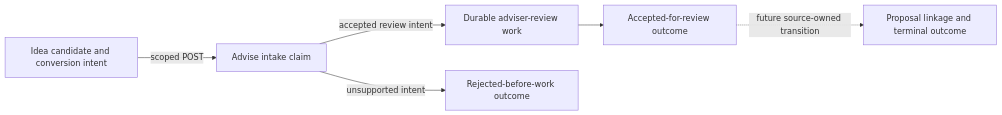
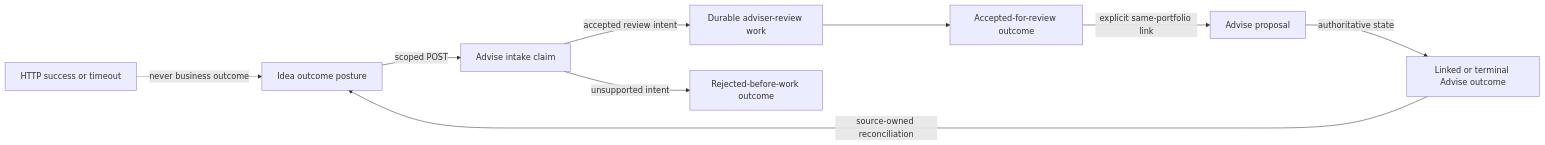
The diagram in wiki/Integrations.md (sgajbi/dpm-rebalance-engine), drawn with Mermaid before and after one commit. The commit also changed other lines of this file and 9 other files, not shown here.

````diff
--- a/wiki/Integrations.md
+++ b/wiki/Integrations.md
@@ -176,8 +182,11 @@
 ```mermaid
 flowchart LR
     I[Idea candidate and conversion intent] -->|scoped POST| A[Advise intake claim]
     A -->|accepted review intent| W[Durable adviser-review work]
     A -->|unsupported intent| R[Rejected-before-work outcome]
     W --> O[Accepted-for-review outcome]
-    O -. future source-owned transition .-> P[Proposal linkage and terminal outcome]
+    O -->|explicit same-portfolio link| P[Advise proposal]
+    P -->|authoritative state| T[Linked or terminal Advise outcome]
+    T -->|source-owned reconciliation| I[Idea outcome posture]
+    H[HTTP success or timeout] -. never business outcome .-> I
 ```
````
